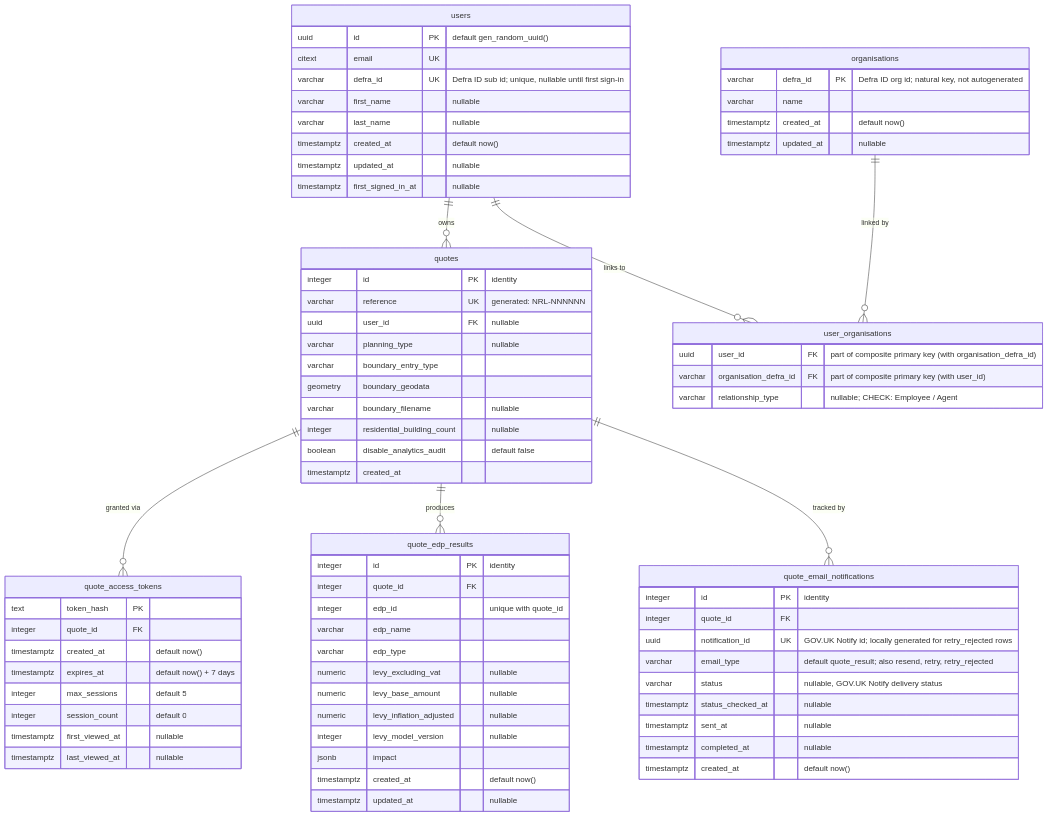
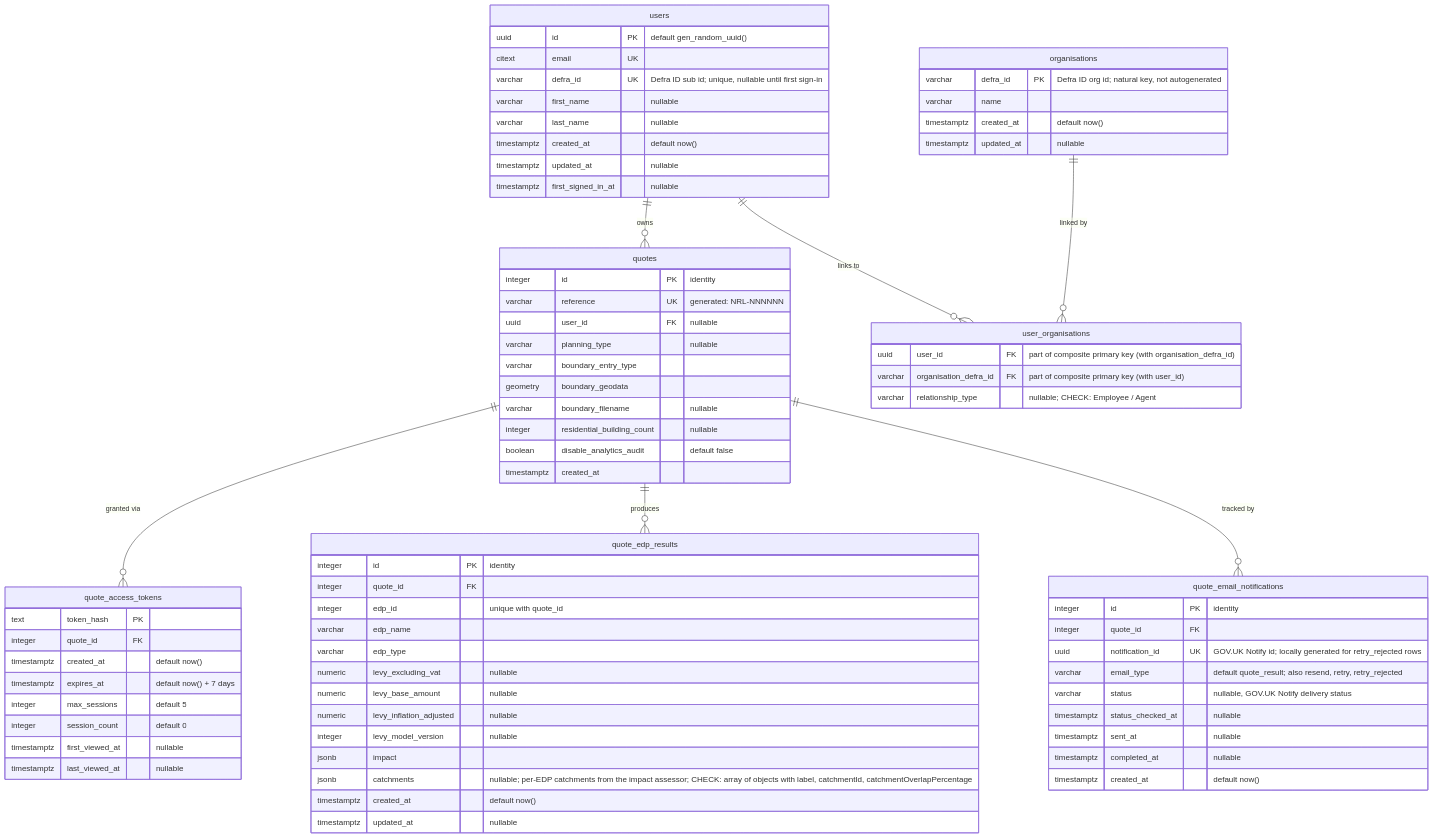
Before and after one commit to DEFRA/nrf-backend: the diagram in docs/quote-database-diagram.md, drawn with Mermaid. The commit also changed other lines of this file and 9 other files, not shown here.

First line of the commit message:
Persist EDP catchments from the impact assessor (#298)

```diff
--- a/docs/quote-database-diagram.md
+++ b/docs/quote-database-diagram.md
@@ -75,6 +75,7 @@
         numeric levy_inflation_adjusted "nullable"
         integer levy_model_version "nullable"
         jsonb impact
+        jsonb catchments "nullable; per-EDP catchments from the impact assessor; CHECK: array of objects with label, catchmentId, catchmentOverlapPercentage"
         timestamptz created_at "default now()"
         timestamptz updated_at "nullable"
     }
```
